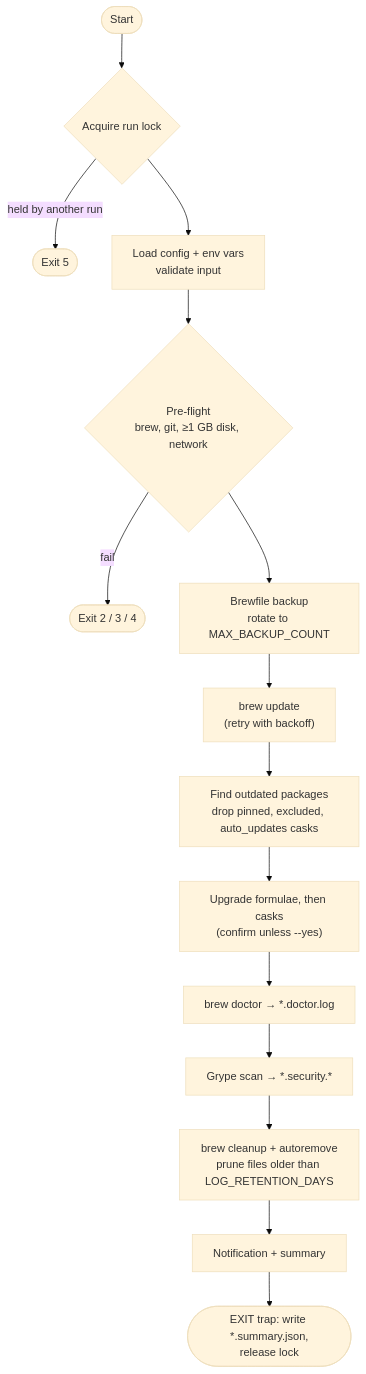
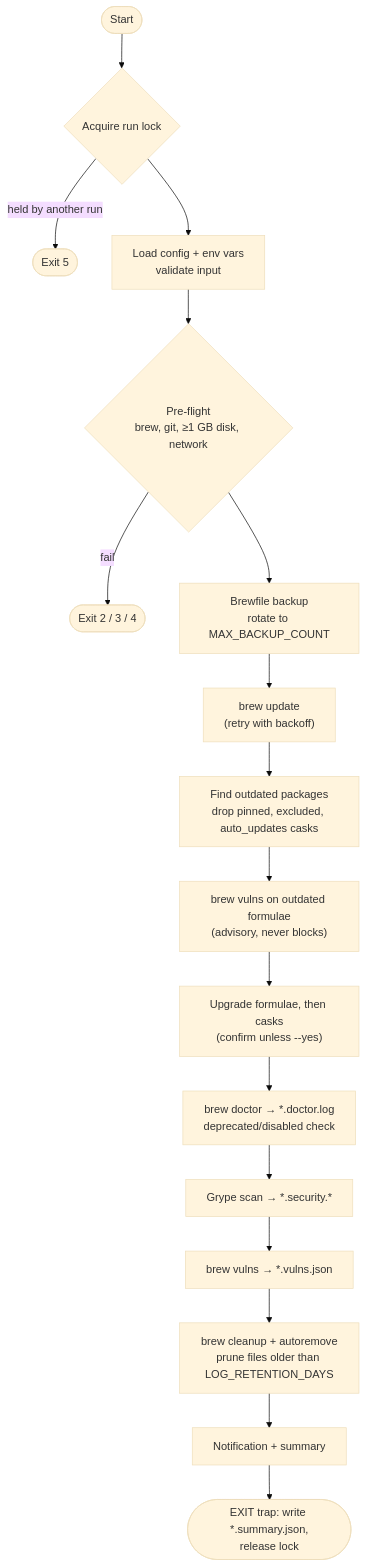
Before and after one commit to jxman/homebrew-update-assistant: the second of 5 diagrams in README.md, drawn with Mermaid (base theme). The commit also changed other lines of this file and 4 other files, not shown here.

First line of the commit message:
feat(script): add brew vulns scan and deprecation check (2.4.0)

````diff
--- a/README.md
+++ b/README.md
@@ -153,17 +153,19 @@
 ```mermaid
 flowchart TD
     start(["Start"]) --> lock{"Acquire run lock"}
     lock -- "held by another run" --> exit5(["Exit 5"])
     lock --> cfg["Load config + env vars<br/>validate input"]
     cfg --> pre{"Pre-flight<br/>brew, git, ≥1 GB disk, network"}
     pre -- "fail" --> exitp(["Exit 2 / 3 / 4"])
     pre --> backup["Brewfile backup<br/>rotate to MAX_BACKUP_COUNT"]
     backup --> update["brew update<br/>(retry with backoff)"]
     update --> outdated["Find outdated packages<br/>drop pinned, excluded, auto_updates casks"]
-    outdated --> upgrade["Upgrade formulae, then casks<br/>(confirm unless --yes)"]
-    upgrade --> doctor["brew doctor → *.doctor.log"]
+    outdated --> before["brew vulns on outdated formulae<br/>(advisory, never blocks)"]
+    before --> upgrade["Upgrade formulae, then casks<br/>(confirm unless --yes)"]
+    upgrade --> doctor["brew doctor → *.doctor.log<br/>deprecated/disabled check"]
     doctor --> scan["Grype scan → *.security.*"]
-    scan --> cleanup["brew cleanup + autoremove<br/>prune files older than LOG_RETENTION_DAYS"]
+    scan --> vulns["brew vulns → *.vulns.json"]
+    vulns --> cleanup["brew cleanup + autoremove<br/>prune files older than LOG_RETENTION_DAYS"]
     cleanup --> done["Notification + summary"]
     done --> trap(["EXIT trap: write *.summary.json,<br/>release lock"])
 ```
````
